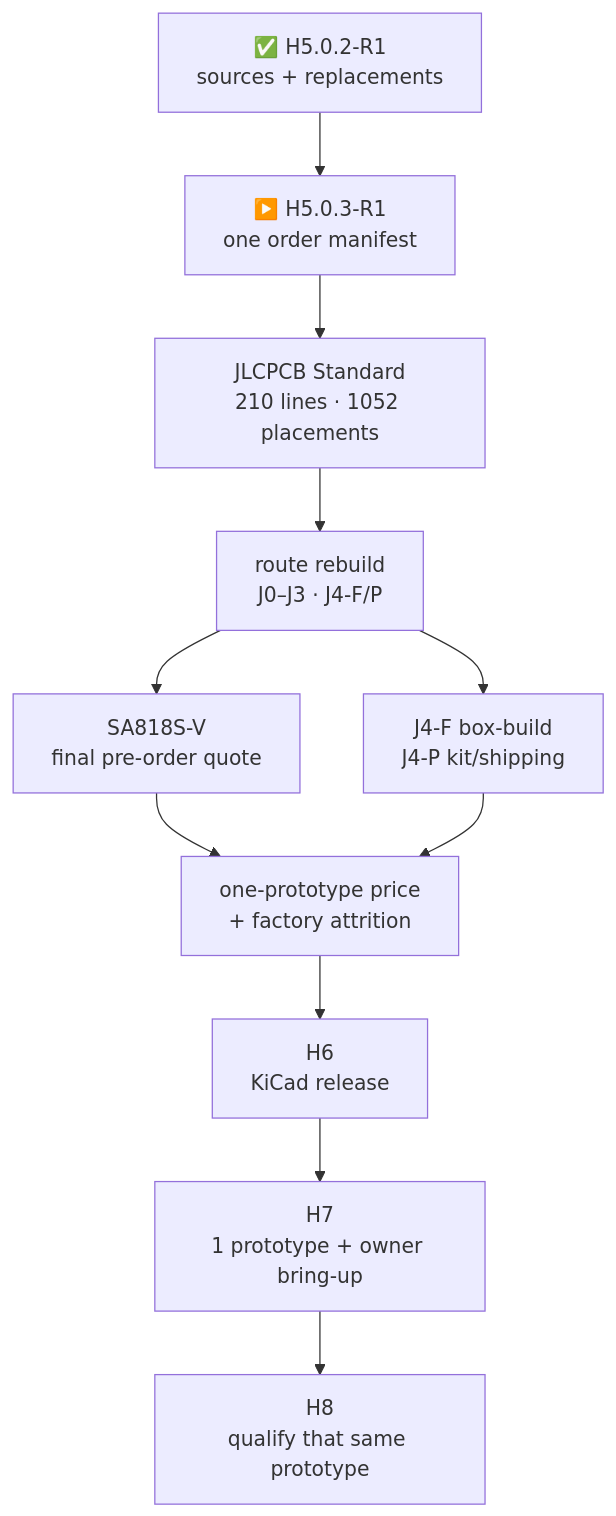
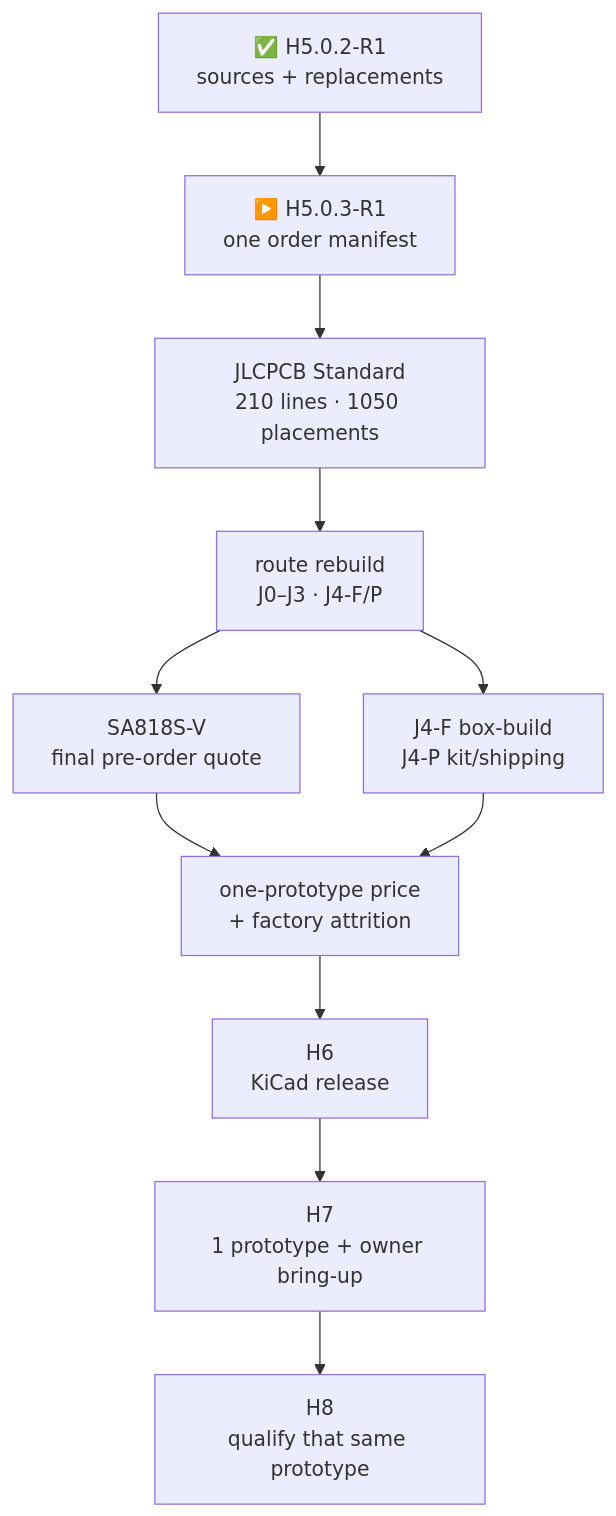
Before and after one commit to anton-vinogradov/esp32-leshy2: the diagram in docs/component-sample-basket.md, drawn with Mermaid. The commit also changed 230 other files, not shown here.

````diff
--- a/docs/component-sample-basket.md
+++ b/docs/component-sample-basket.md
@@ -7,13 +7,13 @@
 ```mermaid
 flowchart TD
   R["✅ H5.0.2-R1<br/>sources + replacements"] --> B["▶️ H5.0.3-R1<br/>one order manifest"]
-  B --> P["JLCPCB Standard<br/>210 lines · 1052 placements"]
+  B --> P["JLCPCB Standard<br/>210 lines · 1050 placements"]
   P --> Q["route rebuild<br/>J0–J3 · J4-F/P"]
   Q --> S["SA818S-V<br/>final pre-order quote"]
   Q --> X["J4-F box-build<br/>J4-P kit/shipping"]
   S --> A["one-prototype price<br/>+ factory attrition"]
   X --> A
   A --> H6["H6<br/>KiCad release"]
   H6 --> H7["H7<br/>1 prototype + owner bring-up"]
   H7 --> H8["H8<br/>qualify that same prototype"]
 ```
````
